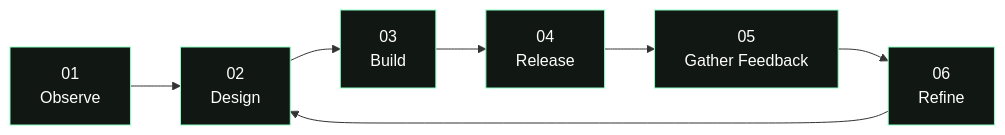
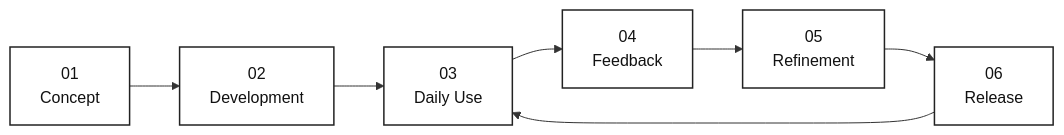
Before and after one commit to caiyuyou1227-glitch/tequila: the second of 2 diagrams in README.md, drawn with Mermaid. The commit also changed other lines of this file, not shown here.

````diff
--- a/README.md
+++ b/README.md
@@ -370,12 +305,13 @@
 ```mermaid
+%%{init: {"theme":"base","themeVariables":{"primaryColor":"#ffffff","primaryTextColor":"#111111","primaryBorderColor":"#111111","lineColor":"#333333","secondaryColor":"#ffffff","tertiaryColor":"#ffffff","fontFamily":"Arial"}}}%%
 flowchart LR
-    A["01<br/>Observe"] --> B["02<br/>Design"]
-    B --> C["03<br/>Build"]
-    C --> D["04<br/>Release"]
-    D --> E["05<br/>Gather Feedback"]
-    E --> F["06<br/>Refine"]
-    F --> B
+    A["01<br/>Concept"] --> B["02<br/>Development"]
+    B --> C["03<br/>Daily Use"]
+    C --> D["04<br/>Feedback"]
+    D --> E["05<br/>Refinement"]
+    E --> F["06<br/>Release"]
+    F --> C
 
-    classDef stage fill:#111713,stroke:#8AFFC1,color:#FFFFFF
-    class A,B,C,D,E,F stage
+    classDef step fill:#ffffff,stroke:#222222,color:#111111,stroke-width:1.5px;
+    class A,B,C,D,E,F step;
 ```
````
